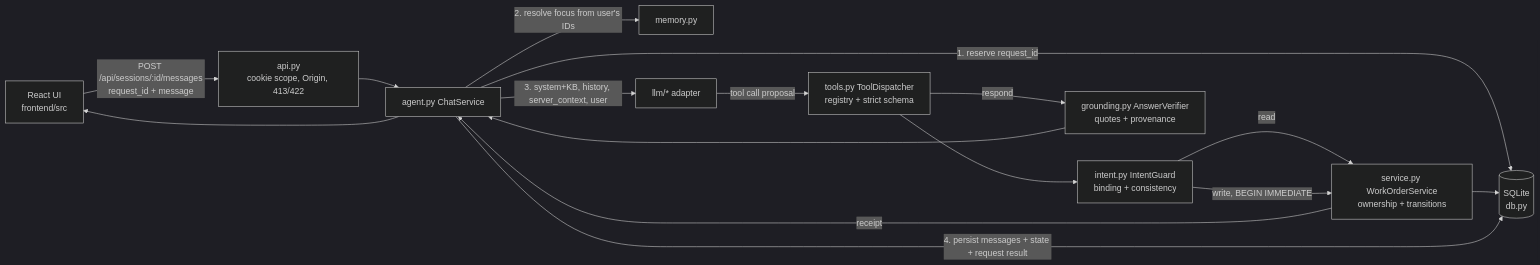
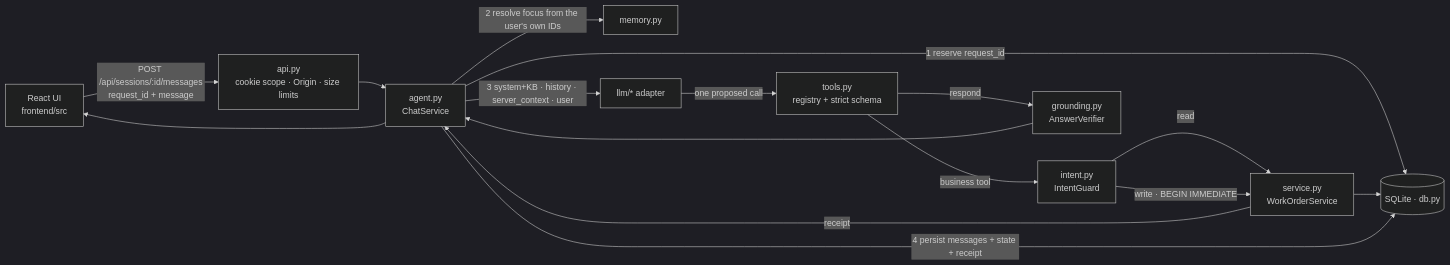
One commit to zeelrathi19/field-technician-assistant changed the diagram in docs/architecture.md. Above: the diagram before and after it, drawn with Mermaid (dark theme). The commit also changed other lines of this file and 48 other files, not shown here.

````diff
--- a/docs/architecture.md
+++ b/docs/architecture.md
@@ -8,18 +7,18 @@
 ```mermaid
 flowchart LR
-  UI[React UI<br/>frontend/src] -->|POST /api/sessions/:id/messages<br/>request_id + message| API[api.py<br/>cookie scope, Origin, 413/422]
-  API --> CS[agent.py ChatService]
-  CS -->|1. reserve request_id| DB[(SQLite<br/>db.py)]
-  CS -->|2. resolve focus from user's IDs| MEM[memory.py]
-  CS -->|3. system+KB, history, server_context, user| LLM[llm/* adapter]
-  LLM -->|tool call proposal| DISP[tools.py ToolDispatcher<br/>registry + strict schema]
-  DISP --> GUARD[intent.py IntentGuard<br/>binding + consistency]
-  GUARD -->|read| SVC[service.py WorkOrderService<br/>ownership + transitions]
-  GUARD -->|write, BEGIN IMMEDIATE| SVC
+  UI[React UI<br/>frontend/src] -->|POST /api/sessions/:id/messages<br/>request_id + message| API[api.py<br/>cookie scope · Origin · size limits]
+  API --> CS[agent.py<br/>ChatService]
+  CS -->|1 reserve request_id| DB[(SQLite · db.py)]
+  CS -->|2 resolve focus from the user's own IDs| MEM[memory.py]
+  CS -->|3 system+KB · history · server_context · user| LLM[llm/* adapter]
+  LLM -->|one proposed call| DISP[tools.py<br/>registry + strict schema]
+  DISP -->|business tool| GUARD[intent.py<br/>IntentGuard]
+  GUARD -->|read| SVC[service.py<br/>WorkOrderService]
+  GUARD -->|write · BEGIN IMMEDIATE| SVC
   SVC --> DB
-  DISP -->|respond| VER[grounding.py AnswerVerifier<br/>quotes + provenance]
+  DISP -->|respond| VER[grounding.py<br/>AnswerVerifier]
+  SVC -->|receipt| CS
   VER --> CS
-  SVC -->|receipt| CS
-  CS -->|4. persist messages + state + request result| DB
+  CS -->|4 persist messages + state + receipt| DB
   CS --> UI
 ```
````
